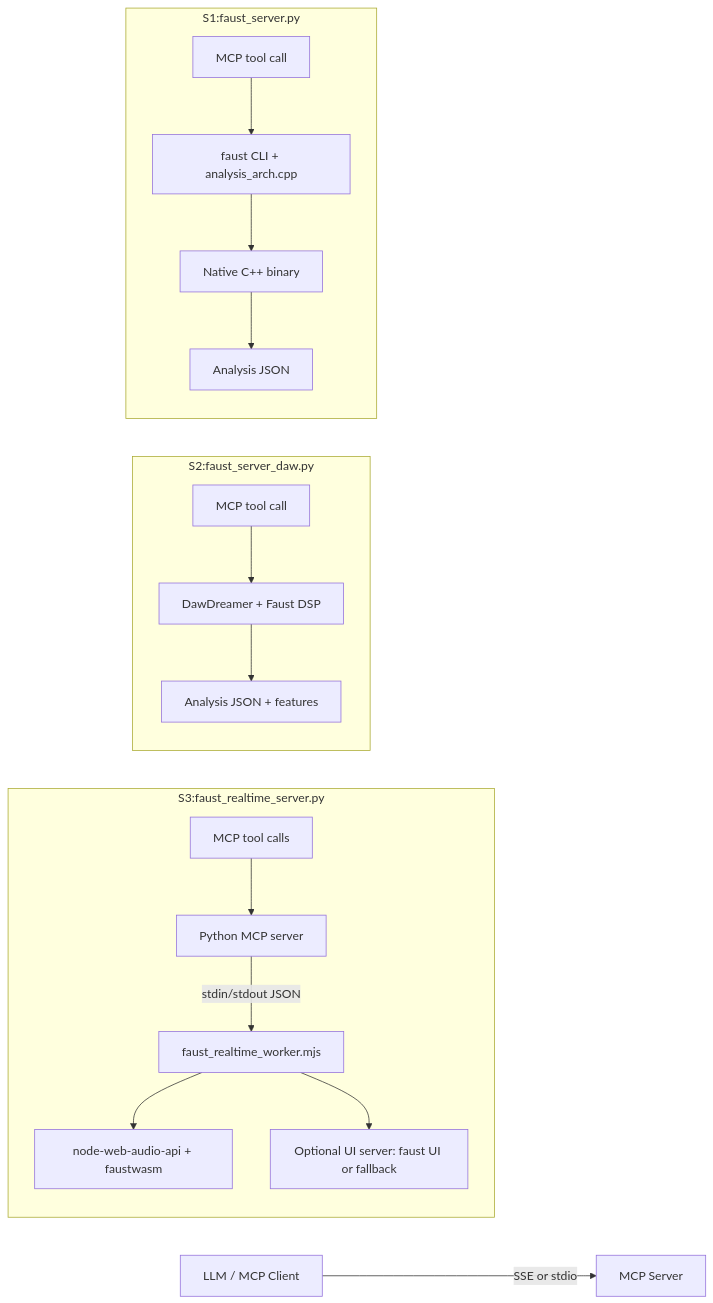
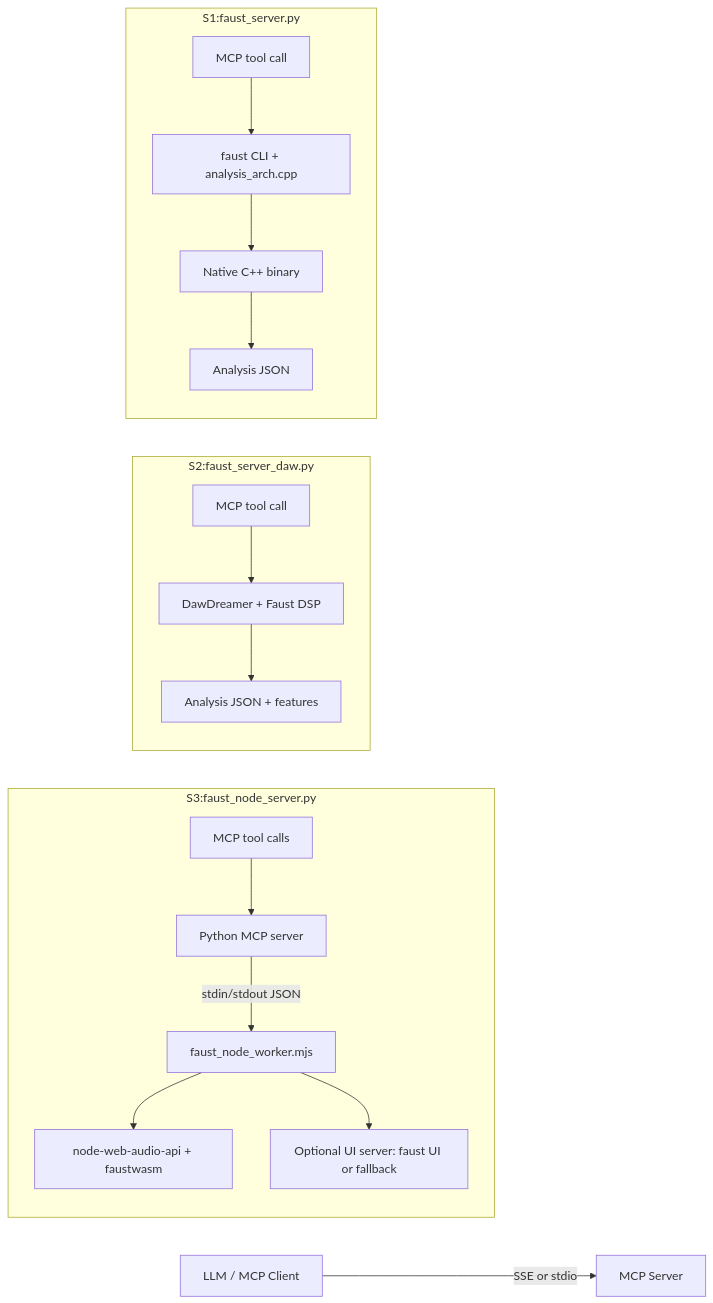
One commit to sletz/faust-mcp changed the diagram in README.md. Above: the diagram before and after it, drawn with Mermaid. The commit also changed other lines of this file and 14 other files, not shown here.

````diff
--- a/README.md
+++ b/README.md
@@ -38,22 +38,22 @@
 ```mermaid
 flowchart LR
   LLM[LLM / MCP Client] -->|SSE or stdio| MCP[MCP Server]
 
-  subgraph Server3["S3:faust_realtime_server.py"]
+  subgraph Server3["S3:faust_node_server.py"]
     S3["MCP tool calls"] --> PY[Python MCP server]
-    PY -->|stdin/stdout JSON| NODE[faust_realtime_worker.mjs]
+    PY -->|stdin/stdout JSON| NODE[faust_node_worker.mjs]
     NODE --> NWA[node-web-audio-api + faustwasm]
     NODE --> UI["Optional UI server: faust UI or fallback"]
   end
 
   subgraph Server2["S2:faust_server_daw.py"]
     S2["MCP tool call"] --> DD["DawDreamer + Faust DSP"]
     DD --> JSON2[Analysis JSON + features]
   end
 
   subgraph Server1["S1:faust_server.py"]
     S1["MCP tool call"] --> CLI["faust CLI + analysis_arch.cpp"]
     CLI --> BIN[Native C++ binary]
     BIN --> JSON1[Analysis JSON]
   end
 ```
````
